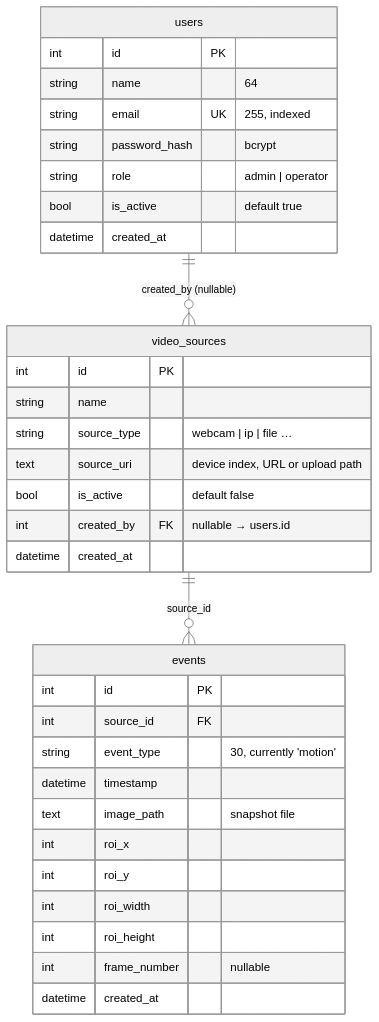
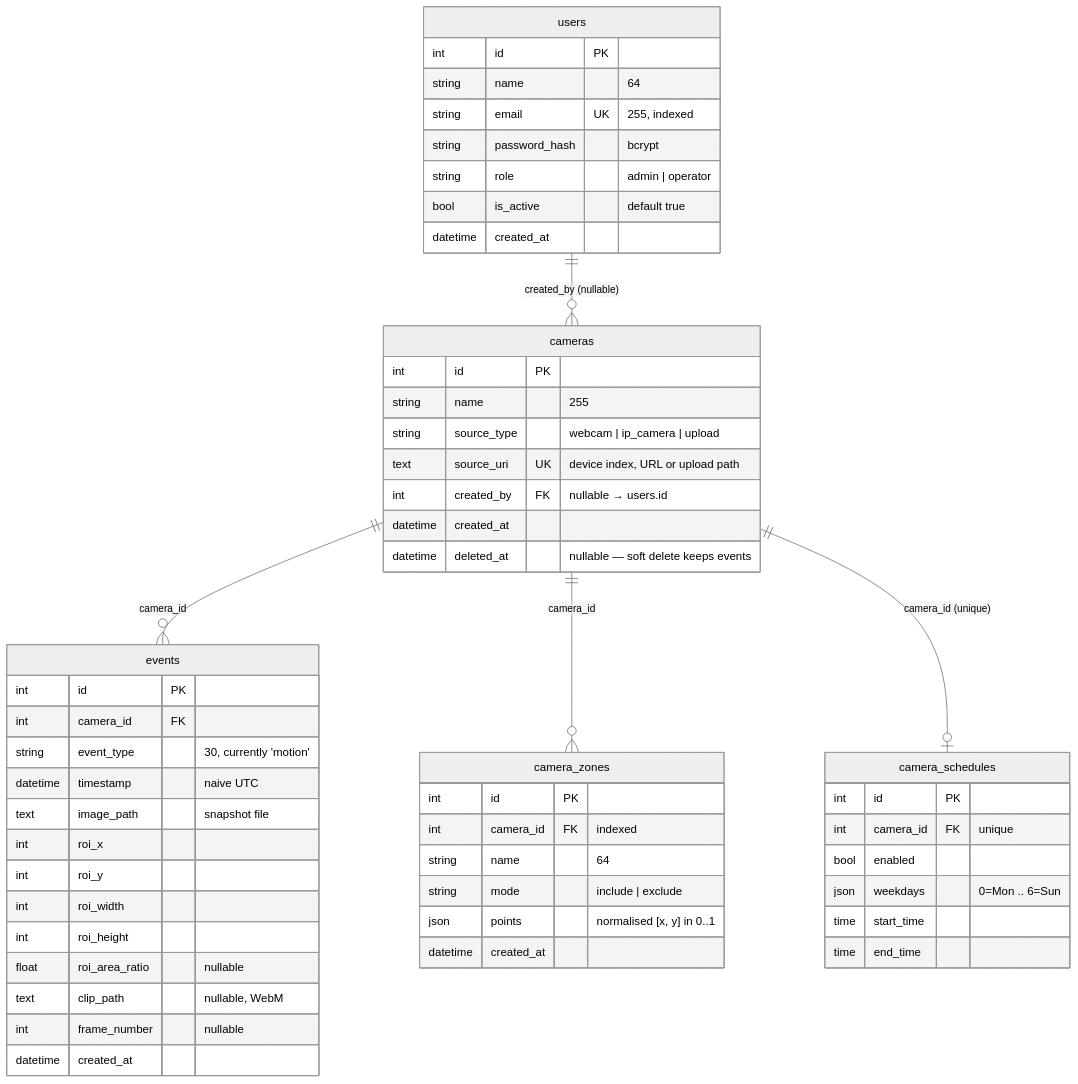
The third of 3 diagrams in ARCHITECTURE.md (Tashrif-007/visionguard), drawn with Mermaid (neutral theme) before and after one commit. The commit also changed other lines of this file and 4 other files, not shown here.

````diff
--- a/ARCHITECTURE.md
+++ b/ARCHITECTURE.md
@@ -179,36 +184,56 @@
 ```mermaid
 erDiagram
-    users ||--o{ video_sources : "created_by (nullable)"
-    video_sources ||--o{ events : "source_id"
+    users ||--o{ cameras : "created_by (nullable)"
+    cameras ||--o{ events : "camera_id"
+    cameras ||--o{ camera_zones : "camera_id"
+    cameras ||--o| camera_schedules : "camera_id (unique)"
     users {
         int id PK
         string name "64"
         string email UK "255, indexed"
         string password_hash "bcrypt"
         string role "admin | operator"
         bool is_active "default true"
         datetime created_at
     }
-    video_sources {
+    cameras {
         int id PK
-        string name
-        string source_type "webcam | ip | file …"
-        text source_uri "device index, URL or upload path"
-        bool is_active "default false"
+        string name "255"
+        string source_type "webcam | ip_camera | upload"
+        text source_uri UK "device index, URL or upload path"
         int created_by FK "nullable → users.id"
         datetime created_at
+        datetime deleted_at "nullable — soft delete keeps events"
     }
     events {
         int id PK
-        int source_id FK
+        int camera_id FK
         string event_type "30, currently 'motion'"
-        datetime timestamp
+        datetime timestamp "naive UTC"
         text image_path "snapshot file"
         int roi_x
         int roi_y
         int roi_width
         int roi_height
+        float roi_area_ratio "nullable"
+        text clip_path "nullable, WebM"
         int frame_number "nullable"
         datetime created_at
     }
+    camera_zones {
+        int id PK
+        int camera_id FK "indexed"
+        string name "64"
+        string mode "include | exclude"
+        json points "normalised [x, y] in 0..1"
+        datetime created_at
+    }
+    camera_schedules {
+        int id PK
+        int camera_id FK "unique"
+        bool enabled
+        json weekdays "0=Mon .. 6=Sun"
+        time start_time
+        time end_time
+    }
 ```
````
